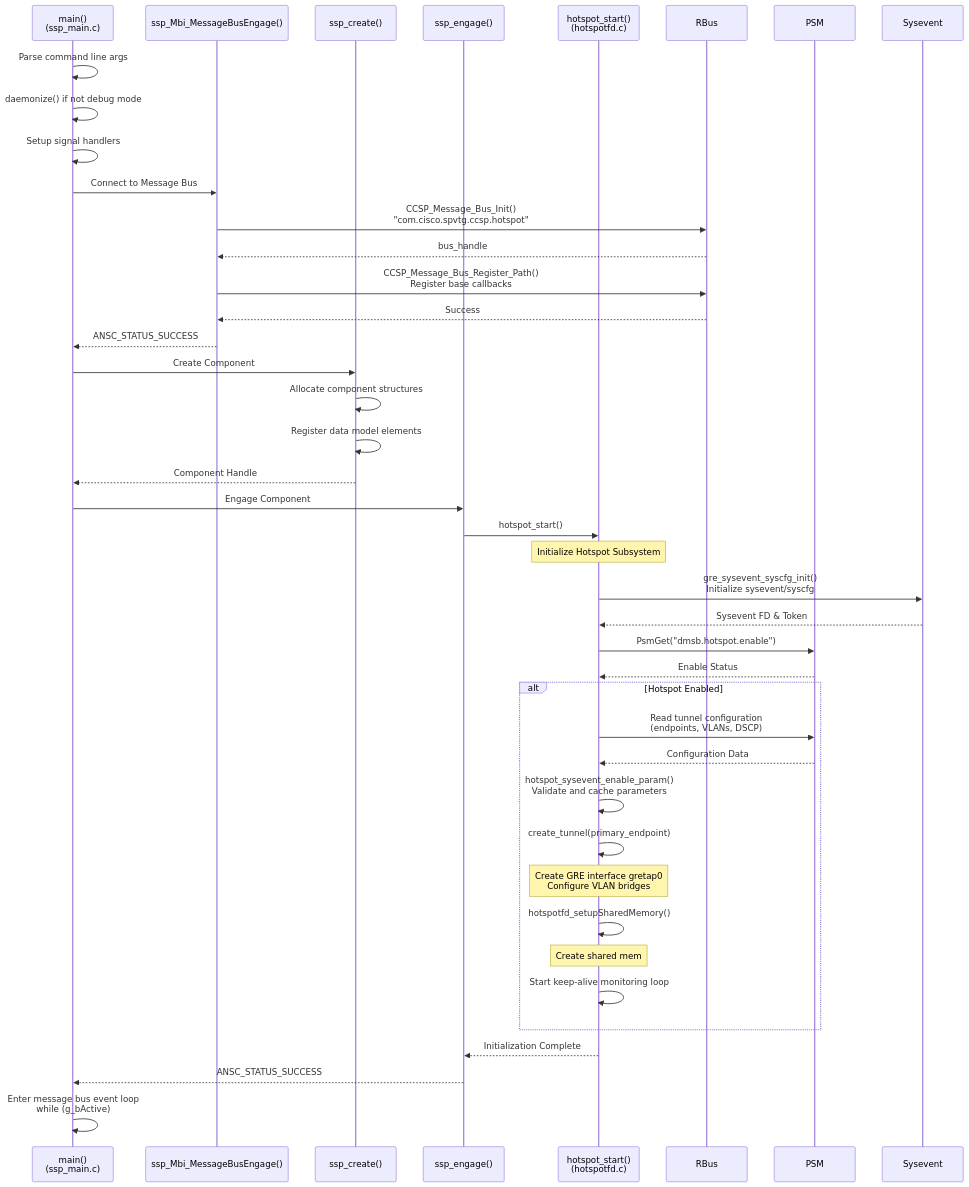
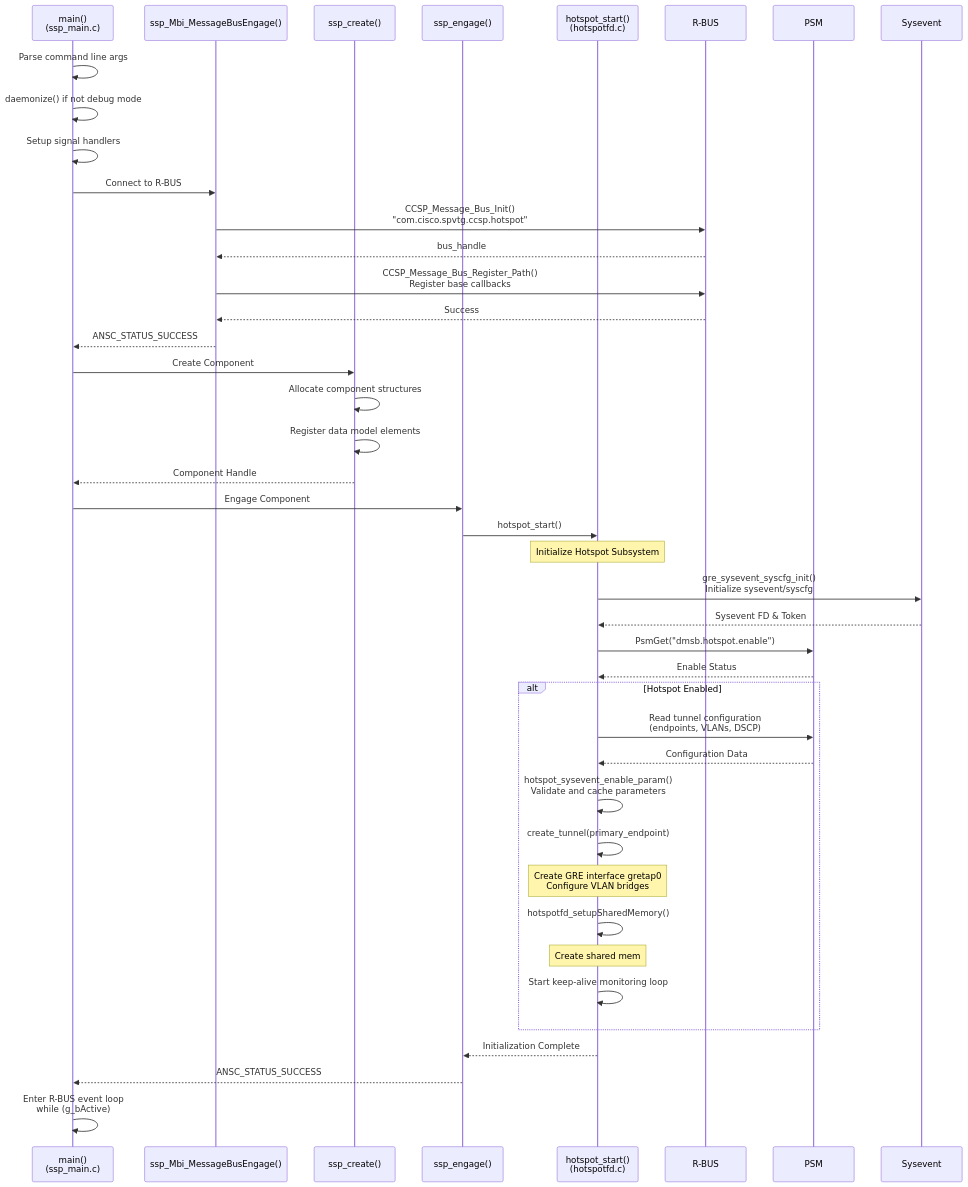
One commit to rdkcentral/hotspot changed the fourth of 9 diagrams in README.md. Above: the diagram before and after it, drawn with Mermaid. The commit also changed other lines of this file, not shown here.

````diff
--- a/README.md
+++ b/README.md
@@ -414,57 +404,57 @@
 ```mermaid
 sequenceDiagram
     participant Main as main()<br/>(ssp_main.c)
     participant Eng as ssp_Mbi_MessageBusEngage()
     participant Cre as ssp_create()
     participant EngS as ssp_engage()
     participant HS as hotspot_start()<br/>(hotspotfd.c)
-    participant RBus as RBus
+    participant RBus as R-BUS
     participant PSM as PSM
     participant SysEvt as Sysevent
 
     Main->>Main: Parse command line args
     Main->>Main: daemonize() if not debug mode
     Main->>Main: Setup signal handlers
-    
-    Main->>Eng: Connect to Message Bus
+
+    Main->>Eng: Connect to R-BUS
     Eng->>RBus: CCSP_Message_Bus_Init()<br/>"com.cisco.spvtg.ccsp.hotspot"
     RBus-->>Eng: bus_handle
     Eng->>RBus: CCSP_Message_Bus_Register_Path()<br/>Register base callbacks
     RBus-->>Eng: Success
     Eng-->>Main: ANSC_STATUS_SUCCESS
-    
+
     Main->>Cre: Create Component
     Cre->>Cre: Allocate component structures
     Cre->>Cre: Register data model elements
     Cre-->>Main: Component Handle
-    
+
     Main->>EngS: Engage Component
     EngS->>HS: hotspot_start()
     Note over HS: Initialize Hotspot Subsystem
-    
+
     HS->>SysEvt: gre_sysevent_syscfg_init()<br/>Initialize sysevent/syscfg
     SysEvt-->>HS: Sysevent FD & Token
-    
+
     HS->>PSM: PsmGet("dmsb.hotspot.enable")
     PSM-->>HS: Enable Status
-    
+
     alt Hotspot Enabled
         HS->>PSM: Read tunnel configuration<br/>(endpoints, VLANs, DSCP)
         PSM-->>HS: Configuration Data
-        
+
         HS->>HS: hotspot_sysevent_enable_param()<br/>Validate and cache parameters
-        
+
         HS->>HS: create_tunnel(primary_endpoint)
         Note over HS: Create GRE interface gretap0<br/>Configure VLAN bridges
-        
+
         HS->>HS: hotspotfd_setupSharedMemory()
         Note over HS: Create shared mem
-        
+
         HS->>HS: Start keep-alive monitoring loop
     end
-    
+
     HS-->>EngS: Initialization Complete
     EngS-->>Main: ANSC_STATUS_SUCCESS
-    
-    Main->>Main: Enter message bus event loop<br/>while (g_bActive)
+
+    Main->>Main: Enter R-BUS event loop<br/>while (g_bActive)
 ```
````
